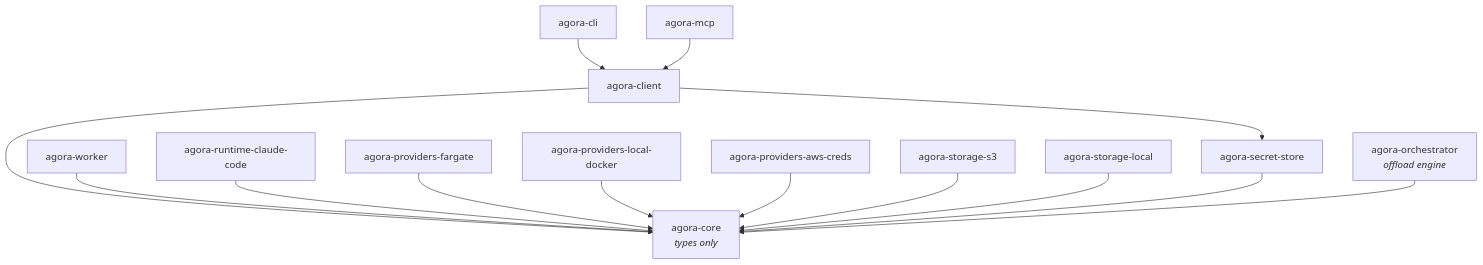
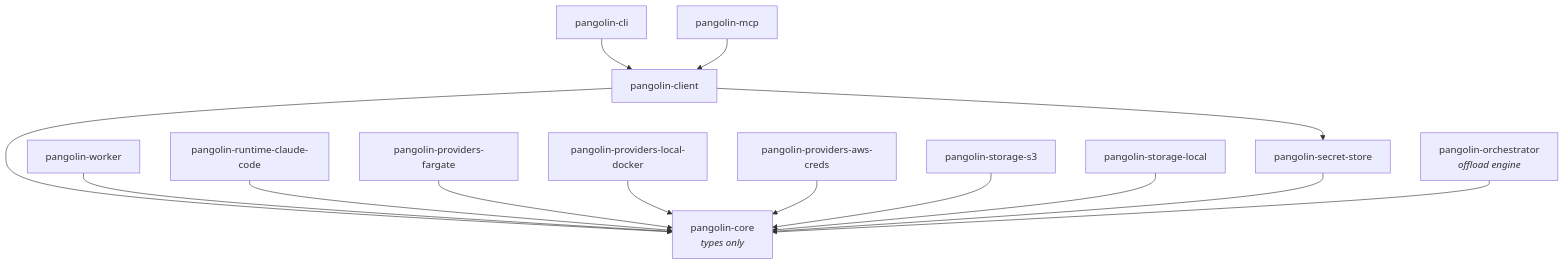
The diagram in docs-site/src/content/docs/reference/package-map.md (QuarrySystems/agora), drawn with Mermaid before and after one commit. The commit also changed other lines of this file and 48 other files, not shown here.

First line of the commit message:
feat(docs-site): rename Agora → Pangolin Scale across all docs content

````diff
--- a/docs-site/src/content/docs/reference/package-map.md
+++ b/docs-site/src/content/docs/reference/package-map.md
@@ -42,30 +42,30 @@
 ```mermaid
 graph TD
-  core[agora-core<br/><i>types only</i>]
-  client[agora-client]
-  cli[agora-cli]
-  mcp[agora-mcp]
-  worker[agora-worker]
-  runtime[agora-runtime-claude-code]
-  pfargate[agora-providers-fargate]
-  plocal[agora-providers-local-docker]
-  pawscreds[agora-providers-aws-creds]
-  ss3[agora-storage-s3]
-  slocal[agora-storage-local]
-  secretstore[agora-secret-store]
-  orch[agora-orchestrator<br/><i>offload engine</i>]
+  core[pangolin-core<br/><i>types only</i>]
+  client[pangolin-client]
+  cli[pangolin-cli]
+  mcp[pangolin-mcp]
+  worker[pangolin-worker]
+  runtime[pangolin-runtime-claude-code]
+  pfargate[pangolin-providers-fargate]
+  plocal[pangolin-providers-local-docker]
+  pawscreds[pangolin-providers-aws-creds]
+  ss3[pangolin-storage-s3]
+  slocal[pangolin-storage-local]
+  secretstore[pangolin-secret-store]
+  orch[pangolin-orchestrator<br/><i>offload engine</i>]
 
   client --> core
   client --> secretstore
   cli --> client
   mcp --> client
   worker --> core
   runtime --> core
   pfargate --> core
   plocal --> core
   pawscreds --> core
   ss3 --> core
   slocal --> core
   secretstore --> core
   orch --> core
 ```
````
